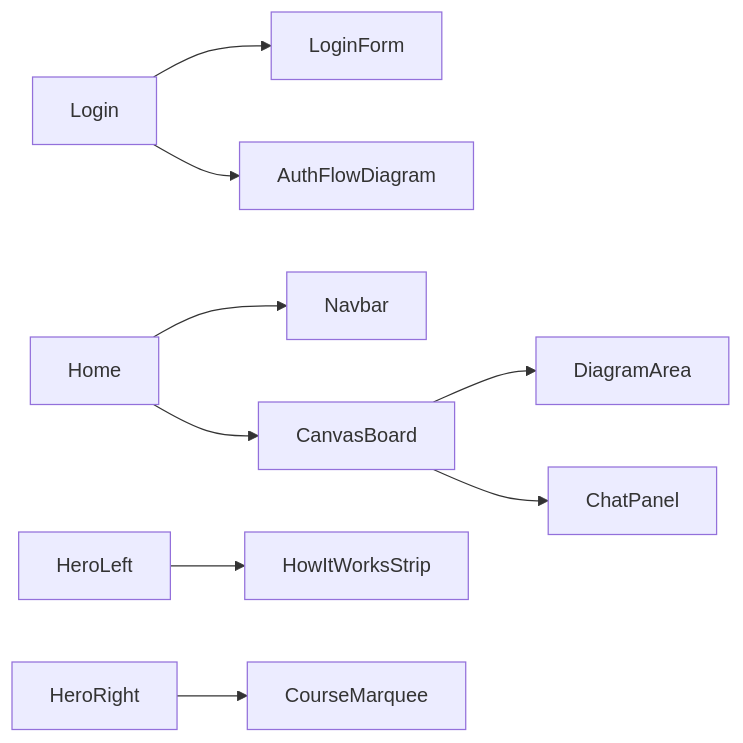
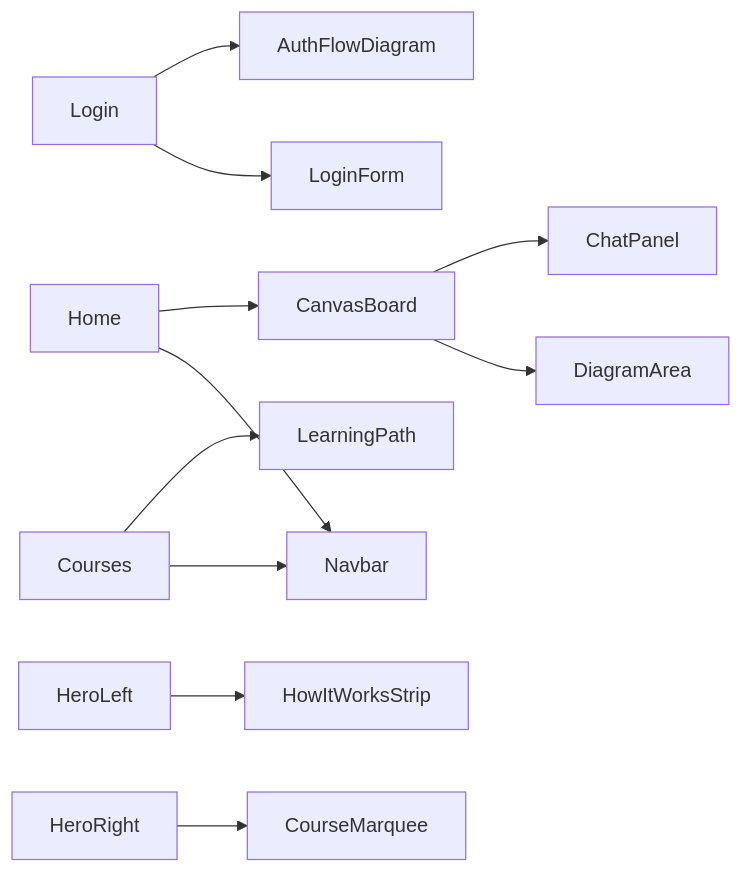
Before and after one commit to dhruva-nu/Project-hannibal: the diagram in hannibal-vault/frontend/src/shared/components/organisms/_organisms.md, drawn with Mermaid. The commit also changed other lines of this file and 21 other files, not shown here.

````diff
--- a/hannibal-vault/frontend/src/shared/components/organisms/_organisms.md
+++ b/hannibal-vault/frontend/src/shared/components/organisms/_organisms.md
@@ -13,11 +13,13 @@
 ```mermaid
 flowchart LR
     Login --> LoginForm
     Login --> AuthFlowDiagram
     Home --> Navbar
     Home --> CanvasBoard
     CanvasBoard --> DiagramArea
     CanvasBoard --> ChatPanel
     HeroLeft --> HowItWorksStrip
     HeroRight --> CourseMarquee
+    Courses --> Navbar
+    Courses --> LearningPath
 ```
````
